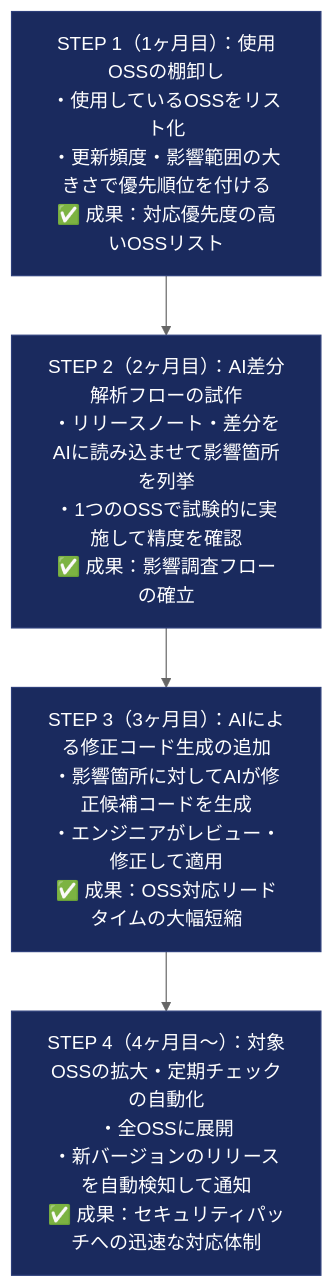
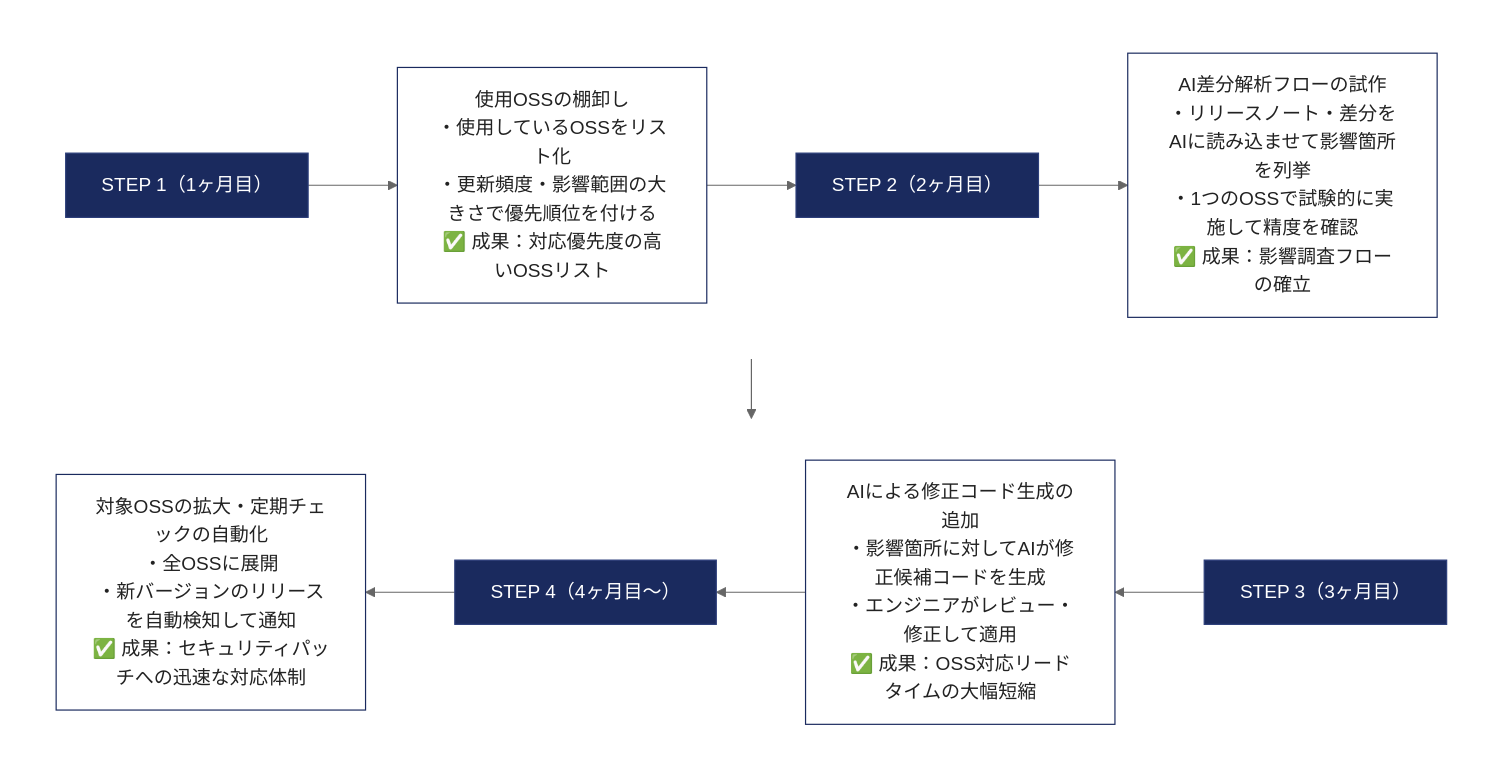
Before and after one commit to Kengo55555/My_Study: the fifth of 10 diagrams in AI_Idea/AI_ADOPTION_PROPOSAL.md, drawn with Mermaid (neutral theme). The commit also changed other lines of this file and 1 other file, not shown here.

Commit message:
Refactor proposal: bullet points, コ字 Mermaid layout, navy titles / white content nodes

````diff
--- a/AI_Idea/AI_ADOPTION_PROPOSAL.md
+++ b/AI_Idea/AI_ADOPTION_PROPOSAL.md
@@ -181,10 +239,22 @@
 ```mermaid
 flowchart TD
-    S1["STEP 1（1ヶ月目）：使用OSSの棚卸し<br/>・使用しているOSSをリスト化<br/>・更新頻度・影響範囲の大きさで優先順位を付ける<br/>✅ 成果：対応優先度の高いOSSリスト"]
-    S2["STEP 2（2ヶ月目）：AI差分解析フローの試作<br/>・リリースノート・差分をAIに読み込ませて影響箇所を列挙<br/>・1つのOSSで試験的に実施して精度を確認<br/>✅ 成果：影響調査フローの確立"]
-    S3["STEP 3（3ヶ月目）：AIによる修正コード生成の追加<br/>・影響箇所に対してAIが修正候補コードを生成<br/>・エンジニアがレビュー・修正して適用<br/>✅ 成果：OSS対応リードタイムの大幅短縮"]
-    S4["STEP 4（4ヶ月目〜）：対象OSSの拡大・定期チェックの自動化<br/>・全OSSに展開<br/>・新バージョンのリリースを自動検知して通知<br/>✅ 成果：セキュリティパッチへの迅速な対応体制"]
-    S1 --> S2 --> S3 --> S4
-    classDef stepNode fill:#1a2a5e,stroke:#2c3e7a,color:#fff
-    class S1,S2,S3,S4 stepNode
+    subgraph row1[" "]
+        direction LR
+        T1["STEP 1（1ヶ月目）"] --> C1["使用OSSの棚卸し<br/>・使用しているOSSをリスト化<br/>・更新頻度・影響範囲の大きさで優先順位を付ける<br/>✅ 成果：対応優先度の高いOSSリスト"]
+        C1 --> T2["STEP 2（2ヶ月目）"]
+        T2 --> C2["AI差分解析フローの試作<br/>・リリースノート・差分をAIに読み込ませて影響箇所を列挙<br/>・1つのOSSで試験的に実施して精度を確認<br/>✅ 成果：影響調査フローの確立"]
+    end
+    subgraph row2[" "]
+        direction RL
+        T3["STEP 3（3ヶ月目）"] --> C3["AIによる修正コード生成の追加<br/>・影響箇所に対してAIが修正候補コードを生成<br/>・エンジニアがレビュー・修正して適用<br/>✅ 成果：OSS対応リードタイムの大幅短縮"]
+        C3 --> T4["STEP 4（4ヶ月目〜）"]
+        T4 --> C4["対象OSSの拡大・定期チェックの自動化<br/>・全OSSに展開<br/>・新バージョンのリリースを自動検知して通知<br/>✅ 成果：セキュリティパッチへの迅速な対応体制"]
+    end
+    C2 --> T3
+    style row1 fill:transparent,stroke:transparent,color:transparent
+    style row2 fill:transparent,stroke:transparent,color:transparent
+    classDef title fill:#1a2a5e,stroke:#2c3e7a,color:#fff
+    classDef content fill:#fff,stroke:#1a2a5e,color:#222
+    class T1,T2,T3,T4 title
+    class C1,C2,C3,C4 content
 ```
````
